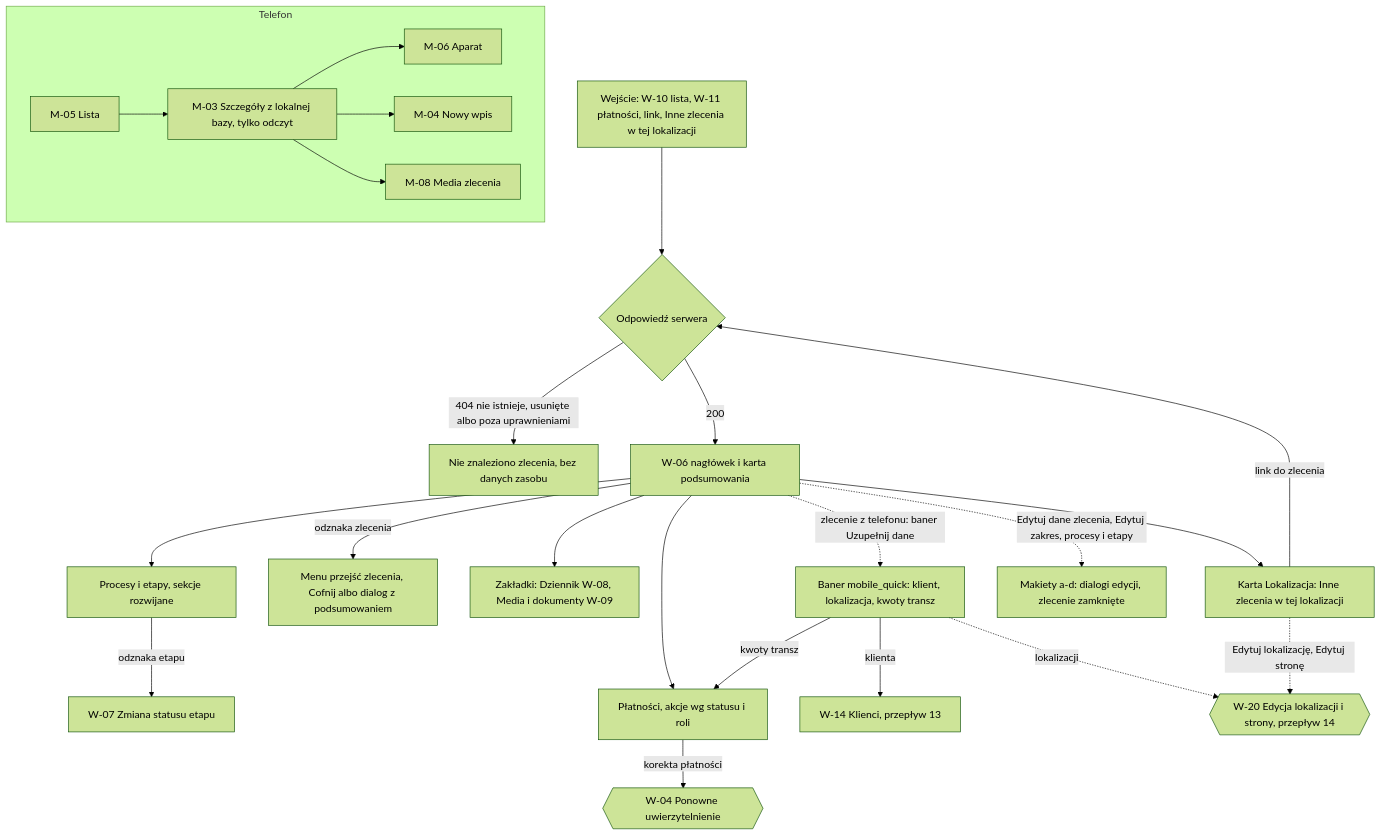
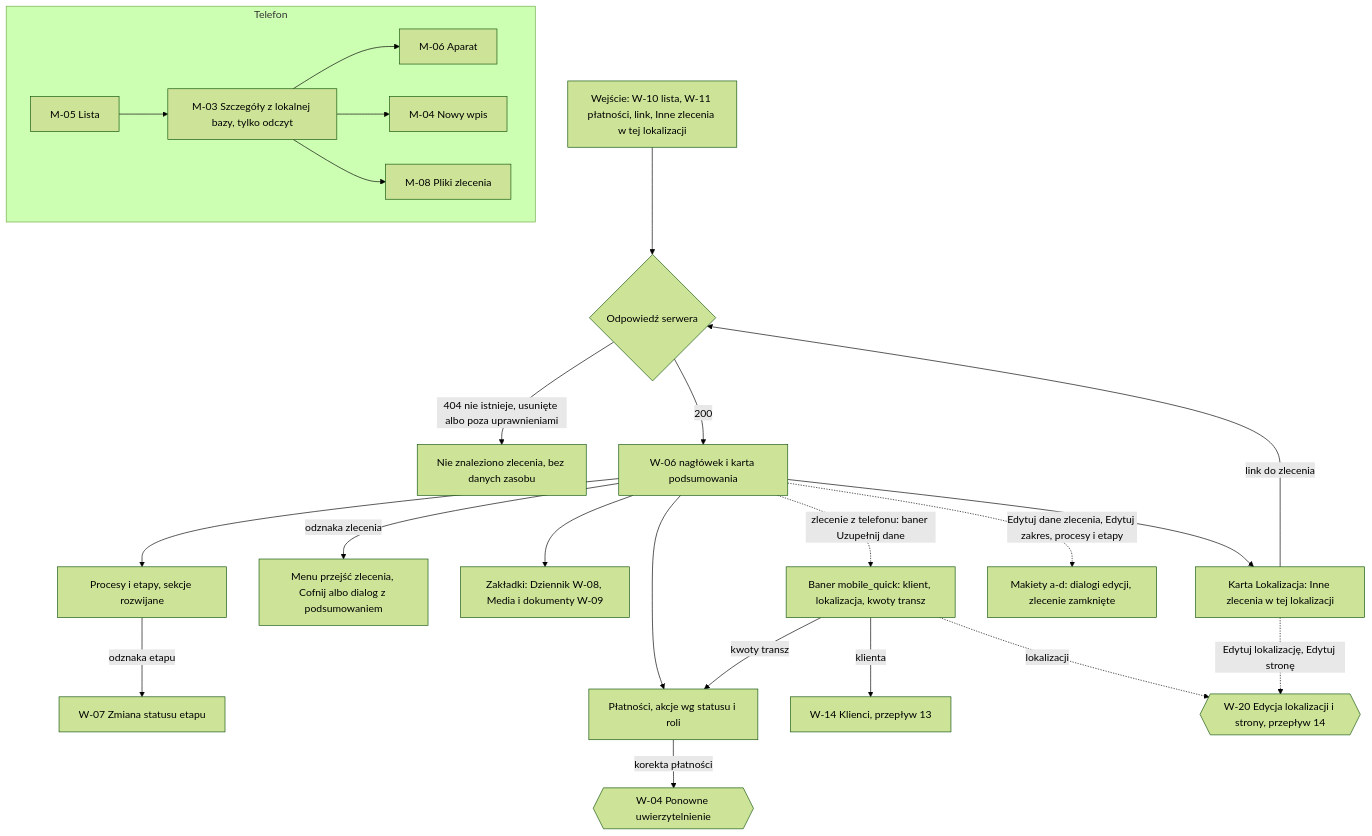
One commit to konradkluz/evia-manager changed the first of 2 diagrams in docs/ux/flows/03-szczegoly-zlecenia.md. Above: the diagram before and after it, drawn with Mermaid (forest theme). The commit also changed other lines of this file and 78 other files, not shown here.

````diff
--- a/docs/ux/flows/03-szczegoly-zlecenia.md
+++ b/docs/ux/flows/03-szczegoly-zlecenia.md
@@ -7,26 +7,26 @@
 ```mermaid
 flowchart TD
   IN["Wejście: W-10 lista, W-11 płatności, link, Inne zlecenia w tej lokalizacji"] --> CH{"Odpowiedź serwera"}
   CH -->|"404 nie istnieje, usunięte albo poza uprawnieniami"| NF["Nie znaleziono zlecenia, bez danych zasobu"]
   CH -->|"200"| H["W-06 nagłówek i karta podsumowania"]
   H --> P["Procesy i etapy, sekcje rozwijane"]
   P -->|"odznaka etapu"| W7["W-07 Zmiana statusu etapu"]
   H --> PAY["Płatności, akcje wg statusu i roli"]
   PAY -->|"korekta płatności"| W4{{"W-04 Ponowne uwierzytelnienie"}}
   H -->|"odznaka zlecenia"| OS["Menu przejść zlecenia, Cofnij albo dialog z podsumowaniem"]
   H --> TABS["Zakładki: Dziennik W-08, Media i dokumenty W-09"]
   H --> LOC["Karta Lokalizacja: Inne zlecenia w tej lokalizacji"]
   LOC -->|"link do zlecenia"| CH
   H -.->|"zlecenie z telefonu: baner Uzupełnij dane"| MQ["Baner mobile_quick: klient, lokalizacja, kwoty transz"]
   MQ -->|"klienta"| W14["W-14 Klienci, przepływ 13"]
   MQ -.->|"lokalizacji"| W20{{"W-20 Edycja lokalizacji i strony, przepływ 14"}}
   H -.->|"Edytuj dane zlecenia, Edytuj zakres, procesy i etapy"| ED["Makiety a-d: dialogi edycji, zlecenie zamknięte"]
   MQ -->|"kwoty transz"| PAY
   LOC -.->|"Edytuj lokalizację, Edytuj stronę"| W20
   subgraph mob["Telefon"]
     M5["M-05 Lista"] --> M3["M-03 Szczegóły z lokalnej bazy, tylko odczyt"]
     M3 --> M6["M-06 Aparat"]
     M3 --> M4["M-04 Nowy wpis"]
-    M3 --> M8["M-08 Media zlecenia"]
+    M3 --> M8["M-08 Pliki zlecenia"]
   end
 ```
````
